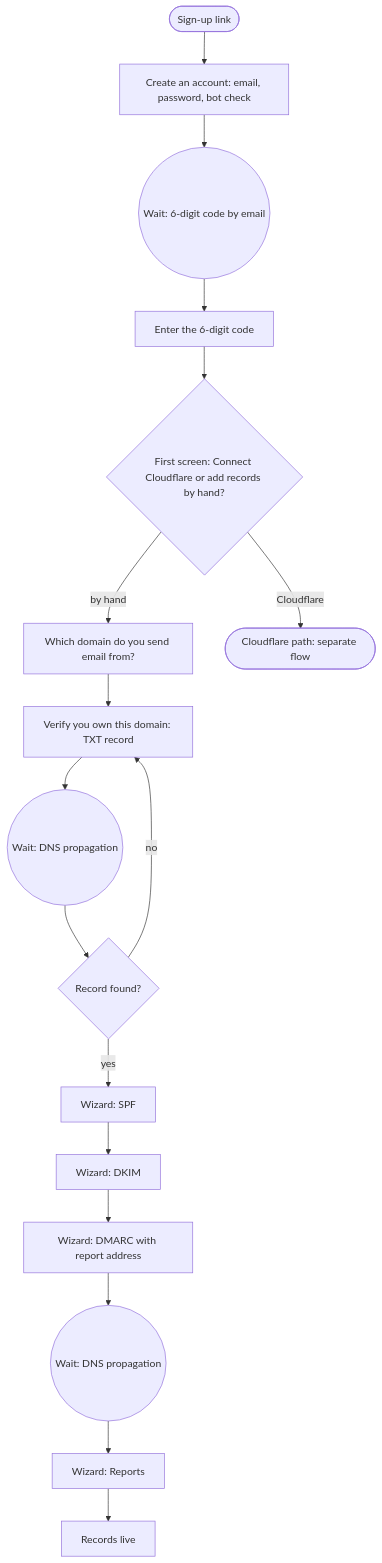
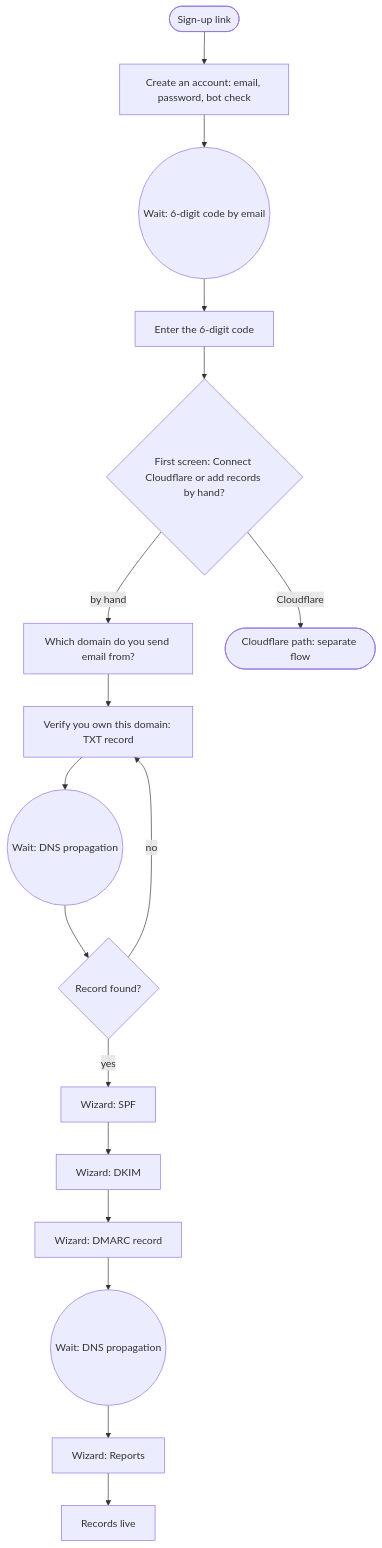
The diagram in .flowchad/flows/signup-to-records-live-manual.map.md (fellowship-dev/ready-set-mail), drawn with Mermaid before and after one commit. The commit also changed other lines of this file and 32 other files, not shown here.

````diff
--- a/.flowchad/flows/signup-to-records-live-manual.map.md
+++ b/.flowchad/flows/signup-to-records-live-manual.map.md
@@ -7,19 +7,19 @@
 ```mermaid
 flowchart TD
   entry([Sign-up link]) --> signup[Create an account: email, password, bot check]
   signup --> mail((Wait: 6-digit code by email))
   mail --> code[Enter the 6-digit code]
   code --> first{First screen: Connect Cloudflare or add records by hand?}
   first -->|by hand| domain[Which domain do you send email from?]
   first -->|Cloudflare| cf([Cloudflare path: separate flow])
   domain --> claim[Verify you own this domain: TXT record]
   claim --> dns((Wait: DNS propagation))
   dns --> found{Record found?}
   found -->|no| claim
   found -->|yes| spf[Wizard: SPF]
   spf --> dkim[Wizard: DKIM]
-  dkim --> dmarc[Wizard: DMARC with report address]
+  dkim --> dmarc[Wizard: DMARC record]
   dmarc --> dns2((Wait: DNS propagation))
   dns2 --> reports[Wizard: Reports]
   reports --> live[Records live]:::value
 ```
````
